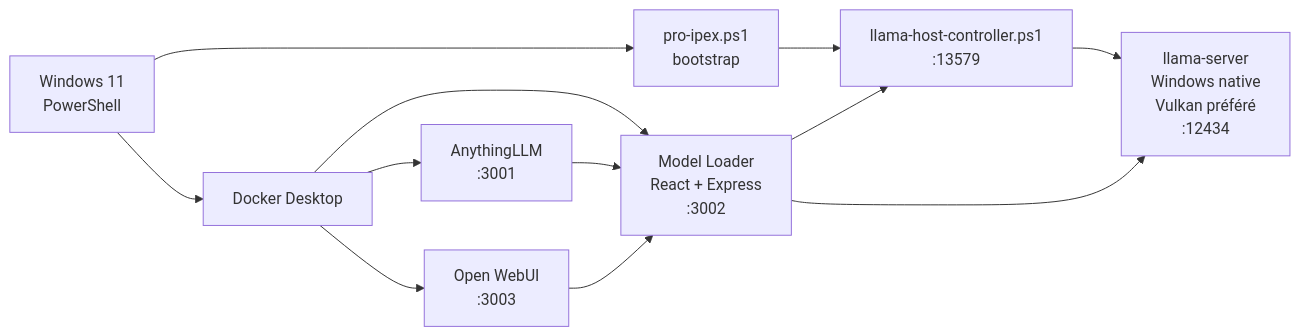
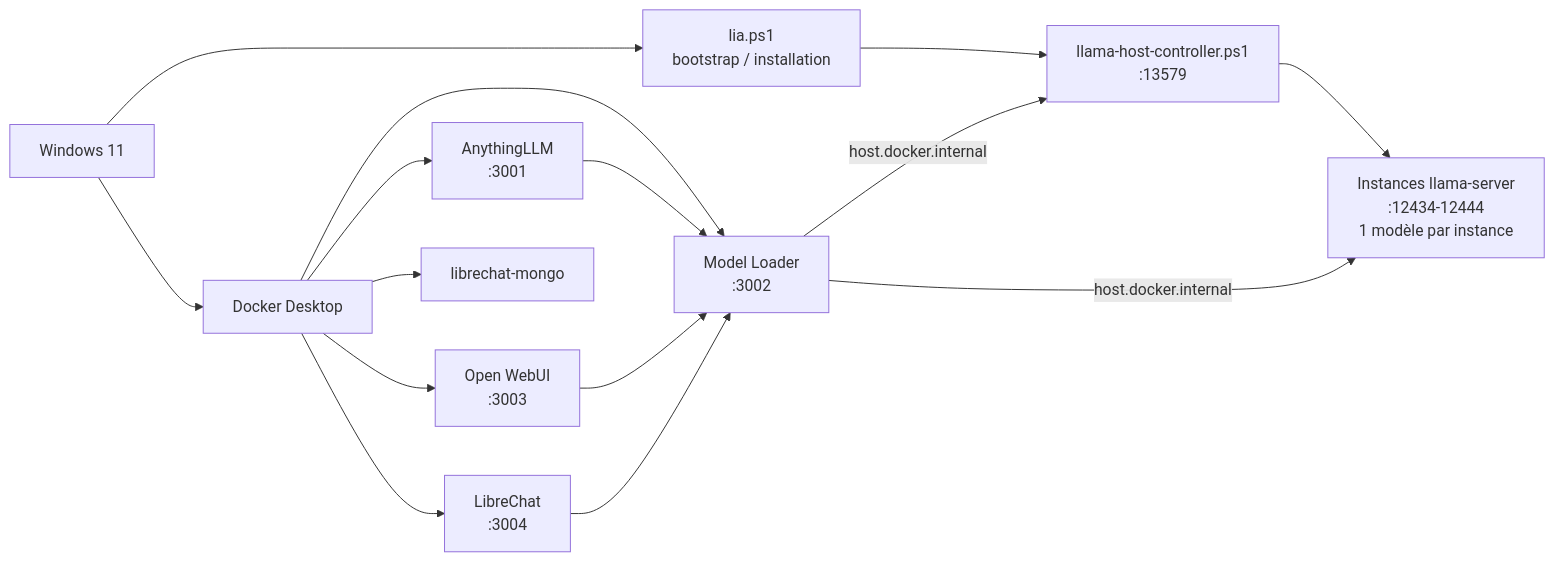
Before and after one commit to evolutec/LIA-X: the diagram in README.md, drawn with Mermaid. The commit also changed other lines of this file and 13 other files, not shown here.

Commit message:
Refactor Docker stack for multi-model and LibreChat

````diff
--- a/README.md
+++ b/README.md
@@ -138,16 +68,19 @@
 ```mermaid
 flowchart LR
-    A[Windows 11<br/>PowerShell] --> B[pro-ipex.ps1<br/>bootstrap]
-    B --> C[llama-host-controller.ps1<br/>:13579]
-    C --> D[llama-server<br/>Windows native<br/>Vulkan préféré<br/>:12434]
+    W[Windows 11] --> B[lia.ps1\nbootstrap / installation]
+    B --> C[llama-host-controller.ps1\n:13579]
+    C --> R[Instances llama-server\n:12434-12444\n1 modèle par instance]
 
-    A --> E[Docker Desktop]
-    E --> F[AnythingLLM<br/>:3001]
-    E --> G[Model Loader<br/>React + Express<br/>:3002]
-    E --> H[Open WebUI<br/>:3003]
+    W --> D[Docker Desktop]
+    D --> M[Model Loader\n:3002]
+    D --> A[AnythingLLM\n:3001]
+    D --> O[Open WebUI\n:3003]
+    D --> L[LibreChat\n:3004]
+    D --> G[librechat-mongo]
 
-    F --> G
-    H --> G
-    G --> C
-    G --> D
+    M -->|host.docker.internal| C
+    M -->|host.docker.internal| R
+    A --> M
+    O --> M
+    L --> M
 ```
````
